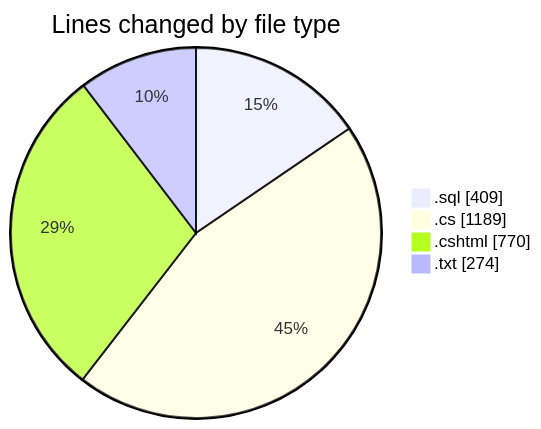
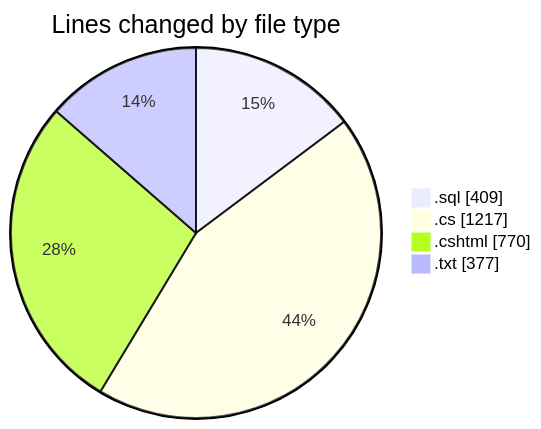
Before and after one commit to lephambinh05/code-tracking: the first of 2 diagrams in 2025-07-23/quanlyrapchieuphim/README.md, drawn with Mermaid. The commit also changed other lines of this file and 1 other file, not shown here.

````diff
--- a/2025-07-23/quanlyrapchieuphim/README.md
+++ b/2025-07-23/quanlyrapchieuphim/README.md
@@ -27,8 +27,8 @@
 ```mermaid
 pie showData
 title Lines changed by file type
 ".sql" : 409
-".cs" : 1189
+".cs" : 1217
 ".cshtml" : 770
-".txt" : 274
+".txt" : 377
 ```
````
